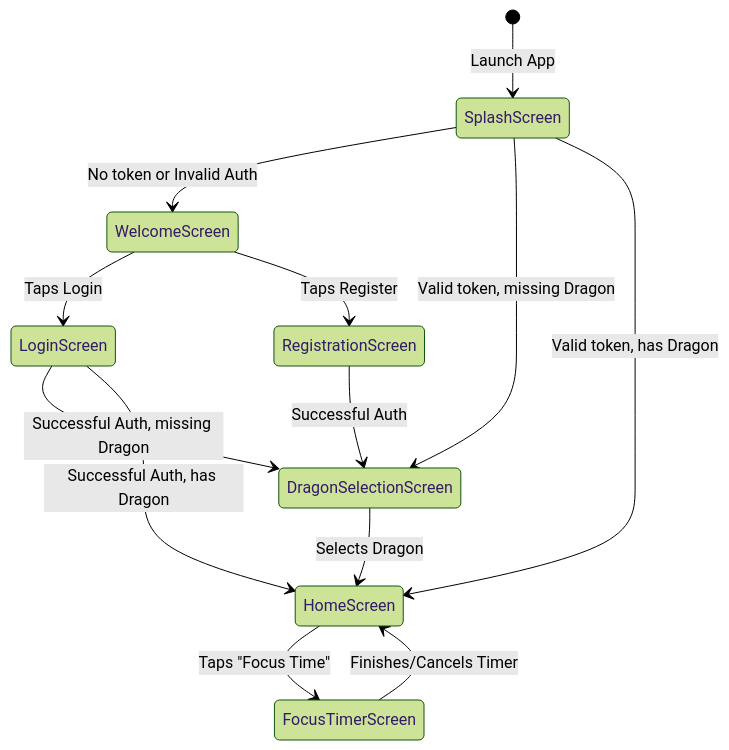
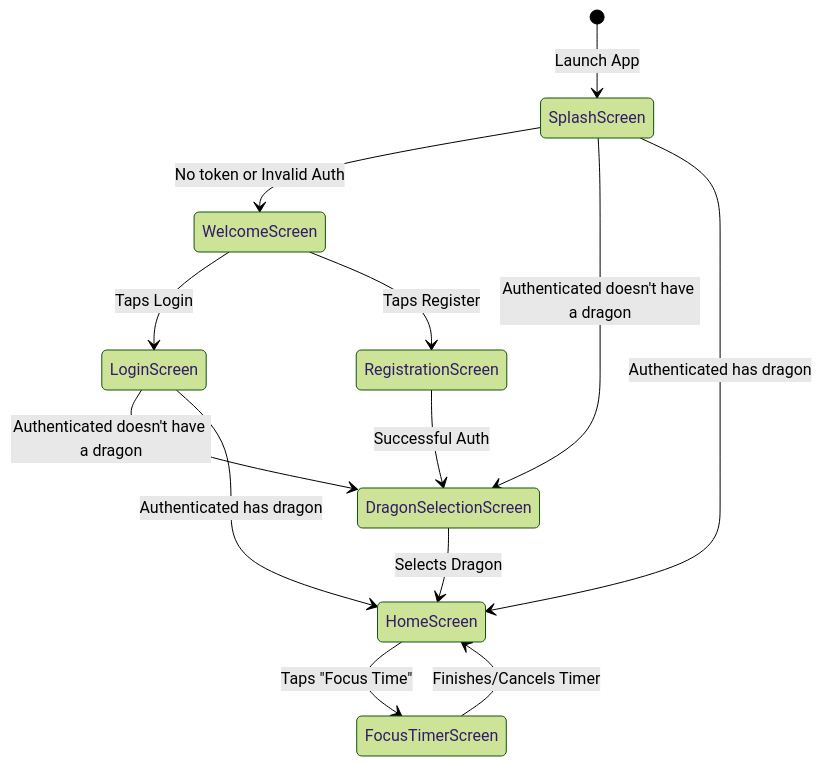
Before and after one commit to james-t-larson/book-dragon-client: the second of 2 diagrams in docs/overview.md, drawn with Mermaid (forest theme). The commit also changed 2 other files, not shown here.

Commit message:
test: add timer and reader state tests
  * Sync auth state names in overview.md
  * Add focus_timer_state_test.dart
  * Test timer config, countdown, and warnings
  * Verify focus loss penalties on pause
  * Add reader_state_test.dart
  * Test routing: Welcome, DragonSelection, Home
  * Verify states by auth and dragon ownership

````diff
--- a/docs/overview.md
+++ b/docs/overview.md
@@ -28,20 +28,20 @@
 ```mermaid
 stateDiagram-v2
     [*] --> SplashScreen: Launch App
 
     SplashScreen --> WelcomeScreen: No token or Invalid Auth
-    SplashScreen --> DragonSelectionScreen: Valid token, missing Dragon
-    SplashScreen --> HomeScreen: Valid token, has Dragon
+    SplashScreen --> DragonSelectionScreen: Authenticated doesn't have a dragon
+    SplashScreen --> HomeScreen: Authenticated has dragon
 
     WelcomeScreen --> LoginScreen: Taps Login
     WelcomeScreen --> RegistrationScreen: Taps Register
 
     RegistrationScreen --> DragonSelectionScreen: Successful Auth
-    LoginScreen --> DragonSelectionScreen: Successful Auth, missing Dragon
-    LoginScreen --> HomeScreen: Successful Auth, has Dragon
+    LoginScreen --> DragonSelectionScreen: Authenticated doesn't have a dragon
+    LoginScreen --> HomeScreen: Authenticated has dragon
 
     DragonSelectionScreen --> HomeScreen: Selects Dragon
 
     HomeScreen --> FocusTimerScreen: Taps "Focus Time"
     FocusTimerScreen --> HomeScreen: Finishes/Cancels Timer
 ```
````
